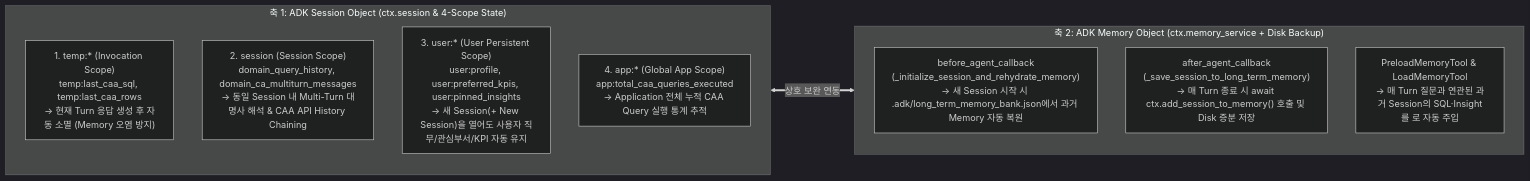
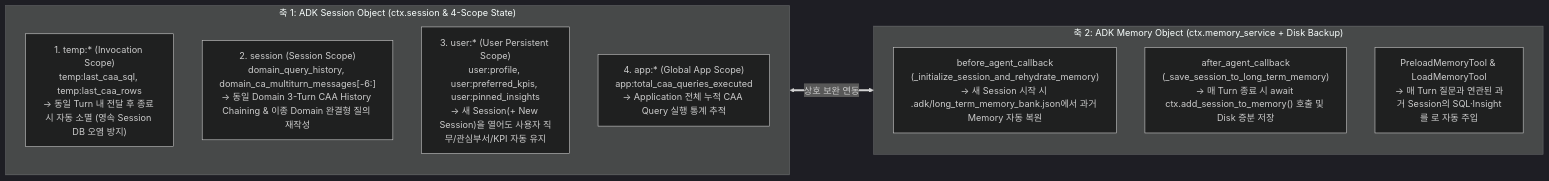
One commit to rhkim77/adk_with_bq_caa_lab changed the second of 2 diagrams in docs/ARCHITECTURE_DEEP_DIVE_KO.md. Above: the diagram before and after it, drawn with Mermaid (dark theme). The commit also changed other lines of this file and 3 other files, not shown here.

````diff
--- a/docs/ARCHITECTURE_DEEP_DIVE_KO.md
+++ b/docs/ARCHITECTURE_DEEP_DIVE_KO.md
@@ -93,17 +108,17 @@
 ```mermaid
 flowchart LR
   subgraph SessionObj["축 1: ADK Session Object (ctx.session & 4-Scope State)"]
-    S1["1. temp:* (Invocation Scope)<br/>temp:last_caa_sql, temp:last_caa_rows<br/>→ 현재 Turn 응답 생성 후 자동 소멸 (Memory 오염 방지)"]
-    S2["2. session (Session Scope)<br/>domain_query_history, domain_ca_multiturn_messages<br/>→ 동일 Session 내 Multi-Turn 대명사 해석 & CAA API History Chaining"]
+    S1["1. temp:* (Invocation Scope)<br/>temp:last_caa_sql, temp:last_caa_rows<br/>→ 동일 Turn 내 전달 후 종료 시 자동 소멸 (영속 Session DB 오염 방지)"]
+    S2["2. session (Session Scope)<br/>domain_query_history, domain_ca_multiturn_messages[-6:]<br/>→ 동일 Domain 3-Turn CAA History Chaining & 이종 Domain 완결형 질의 재작성"]
     S3["3. user:* (User Persistent Scope)<br/>user:profile, user:preferred_kpis, user:pinned_insights<br/>→ 새 Session(+ New Session)을 열어도 사용자 직무/관심부서/KPI 자동 유지"]
     S4["4. app:* (Global App Scope)<br/>app:total_caa_queries_executed<br/>→ Application 전체 누적 CAA Query 실행 통계 추적"]
   end
 
   subgraph MemoryObj["축 2: ADK Memory Object (ctx.memory_service + Disk Backup)"]
     M1["before_agent_callback<br/>(_initialize_session_and_rehydrate_memory)<br/>→ 새 Session 시작 시 .adk/long_term_memory_bank.json에서 과거 Memory 자동 복원"]
     M2["after_agent_callback<br/>(_save_session_to_long_term_memory)<br/>→ 매 Turn 종료 시 await ctx.add_session_to_memory() 호출 및 Disk 증분 저장"]
     M3["PreloadMemoryTool & LoadMemoryTool<br/>→ 매 Turn 질문과 연관된 과거 Session의 SQL·Insight를 <PAST_CONVERSATIONS>로 자동 주입"]
   end
 
   SessionObj <==>|"상호 보완 연동"| MemoryObj
 ```
````
